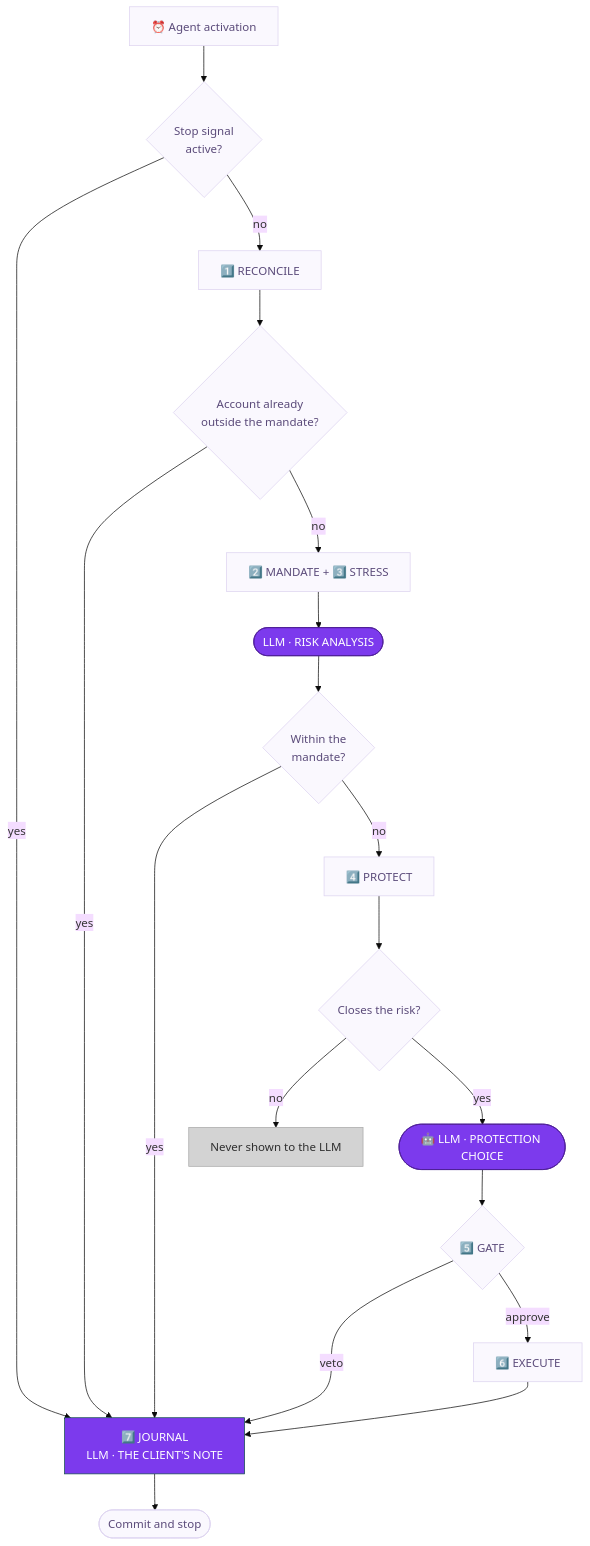
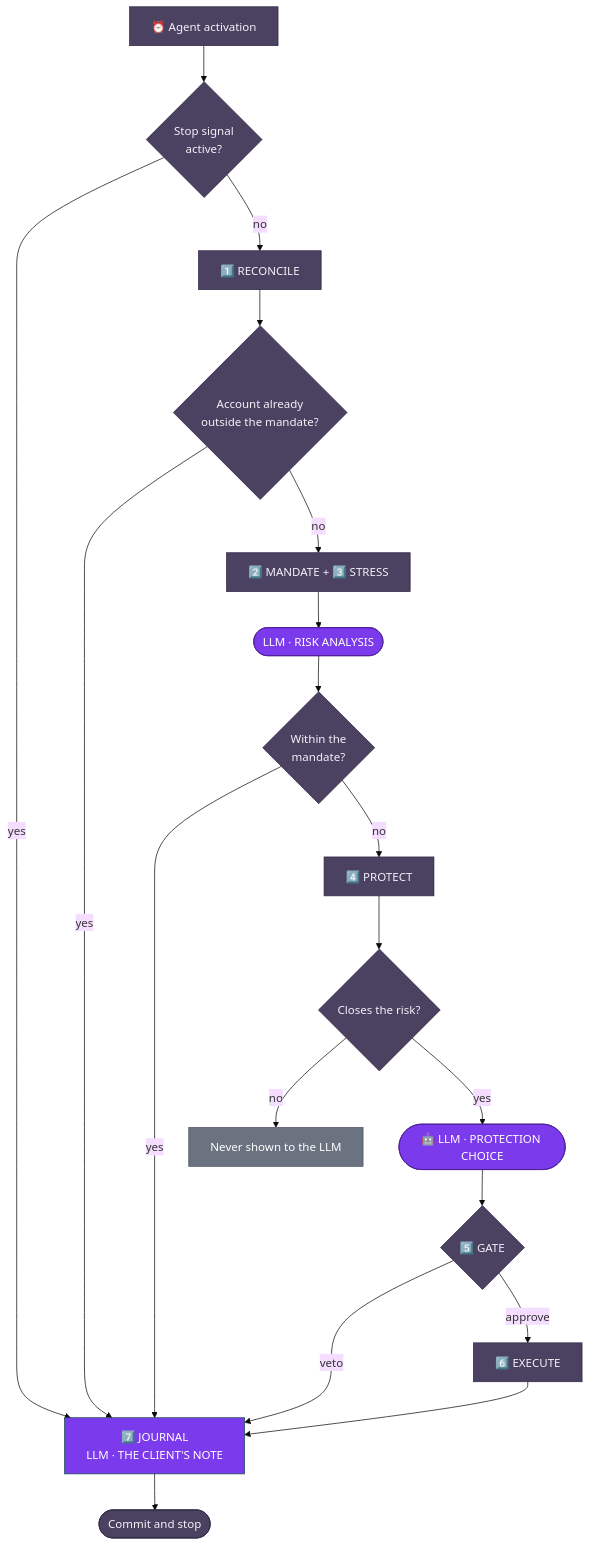
The diagram in README.md (ol1ak5/Drawdown-Guard), drawn with Mermaid (base theme) before and after one commit. The commit also changed other lines of this file, not shown here.

````diff
--- a/README.md
+++ b/README.md
@@ -71,47 +88,47 @@
 ```mermaid
 flowchart TD
     CRON["⏰ Agent activation"] --> HALT{Stop signal<br/>active?}
     HALT -- yes --> JOURNAL
     HALT -- no --> RECONCILE
 
     RECONCILE["1️⃣ RECONCILE"] --> KILL{Account already<br/>outside the mandate?}
     KILL -- yes --> JOURNAL
     KILL -- no --> MANDATE
 
     MANDATE["2️⃣ MANDATE + 3️⃣ STRESS"] --> LLM1
     LLM1(["LLM · RISK ANALYSIS"]) --> GAP{Within the<br/>mandate?}
 
     GAP -- yes --> JOURNAL
     GAP -- no --> PROTECT
 
     PROTECT["4️⃣ PROTECT"] --> ELIGIBLE{Closes the risk?}
     ELIGIBLE -- no --> DROP[Never shown to the LLM]
     ELIGIBLE -- yes --> LLM2
 
     LLM2(["🤖 LLM · PROTECTION CHOICE"]) --> GATE
 
     GATE{"5️⃣ GATE"}
     GATE -- veto --> JOURNAL
     GATE -- approve --> EXECUTE
 
     EXECUTE["6️⃣ EXECUTE"] --> JOURNAL
 
     JOURNAL["7️⃣ JOURNAL<br/>LLM · THE CLIENT'S NOTE"] --> END([Commit and stop])
 
-    style CRON fill:#faf8fe,stroke:#ddd3f0,color:#5b4b7a
-    style HALT fill:#faf8fe,stroke:#ddd3f0,color:#5b4b7a
-    style RECONCILE fill:#faf8fe,stroke:#ddd3f0,color:#5b4b7a
-    style KILL fill:#faf8fe,stroke:#ddd3f0,color:#5b4b7a
-    style MANDATE fill:#faf8fe,stroke:#ddd3f0,color:#5b4b7a
-    style GAP fill:#faf8fe,stroke:#ddd3f0,color:#5b4b7a
-    style PROTECT fill:#faf8fe,stroke:#ddd3f0,color:#5b4b7a
-    style ELIGIBLE fill:#faf8fe,stroke:#ddd3f0,color:#5b4b7a
-    style GATE fill:#faf8fe,stroke:#ddd3f0,color:#5b4b7a
-    style EXECUTE fill:#faf8fe,stroke:#ddd3f0,color:#5b4b7a
-    style END fill:#faf8fe,stroke:#ddd3f0,color:#5b4b7a
+    style CRON fill:#4b4160,stroke:#2f2745,color:#f4f1fa
+    style HALT fill:#4b4160,stroke:#2f2745,color:#f4f1fa
+    style RECONCILE fill:#4b4160,stroke:#2f2745,color:#f4f1fa
+    style KILL fill:#4b4160,stroke:#2f2745,color:#f4f1fa
+    style MANDATE fill:#4b4160,stroke:#2f2745,color:#f4f1fa
+    style GAP fill:#4b4160,stroke:#2f2745,color:#f4f1fa
+    style PROTECT fill:#4b4160,stroke:#2f2745,color:#f4f1fa
+    style ELIGIBLE fill:#4b4160,stroke:#2f2745,color:#f4f1fa
+    style GATE fill:#4b4160,stroke:#2f2745,color:#f4f1fa
+    style EXECUTE fill:#4b4160,stroke:#2f2745,color:#f4f1fa
+    style END fill:#4b4160,stroke:#2f2745,color:#f4f1fa
 
     style LLM1 fill:#7c3aed,stroke:#4c1d95,color:#fff
     style LLM2 fill:#7c3aed,stroke:#4c1d95,color:#fff
     style JOURNAL fill:#7c3aed,stroke:#134e4a,color:#fff
-    style DROP fill:#d3d3d3,stroke:#a9a9a9,color:#2f2f2f
+    style DROP fill:#6b7280,stroke:#4b5262,color:#fff
 ```
````
